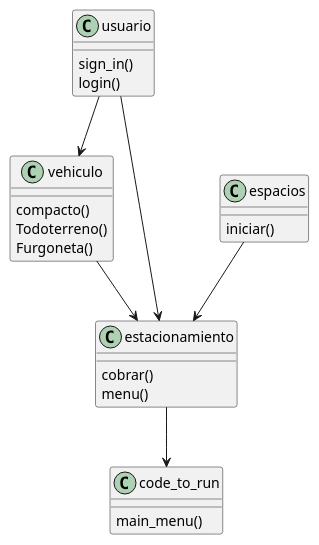
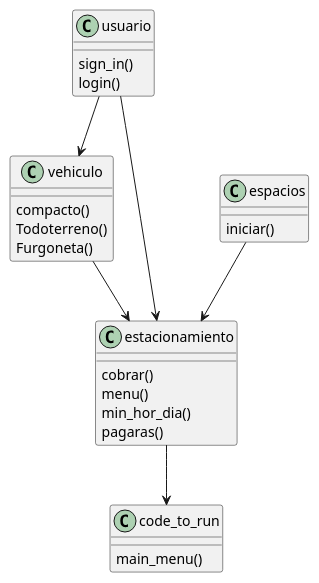
One commit to Geovani29/Parcial_Final_Poo changed the diagram in UML.puml. Above: the diagram before and after it, drawn with PlantUML.

Commit message:
UML change

```diff
--- a/UML.puml
+++ b/UML.puml
@@ -1,44 +1,46 @@
 Class usuario{
 sign_in()
 login()
 }
 
 Class vehiculo{
 
 compacto()
 Todoterreno()
 Furgoneta()
 
 }
 
 Class estacionamiento{
 
 cobrar()
 menu()
+min_hor_dia()
+pagaras()
 
 }
 
 
 Class espacios{
 
 iniciar()
 
 }
 
 Class code_to_run{
 
 main_menu()
 
 }
 
 espacios -->  estacionamiento
 
 usuario --> estacionamiento
 usuario --> vehiculo
 
 vehiculo -->  estacionamiento
 
 
 estacionamiento --> code_to_run
 
 @enduml
```
